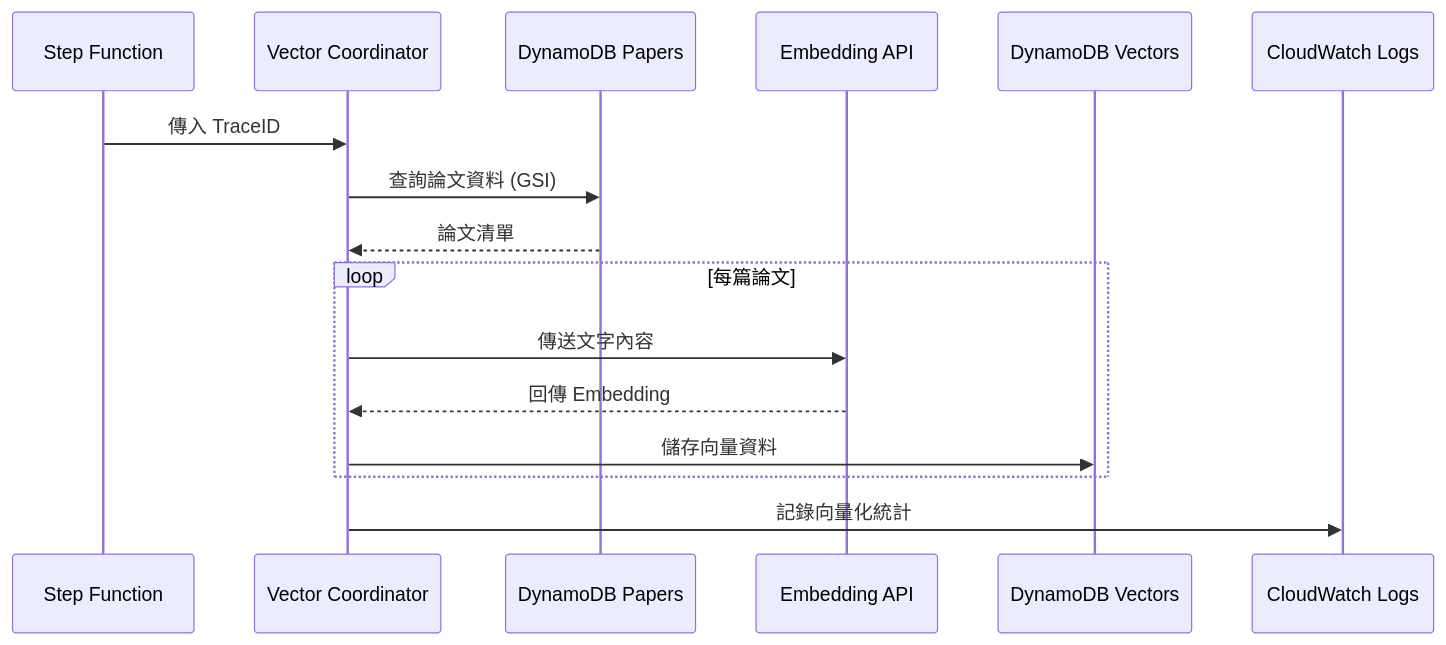
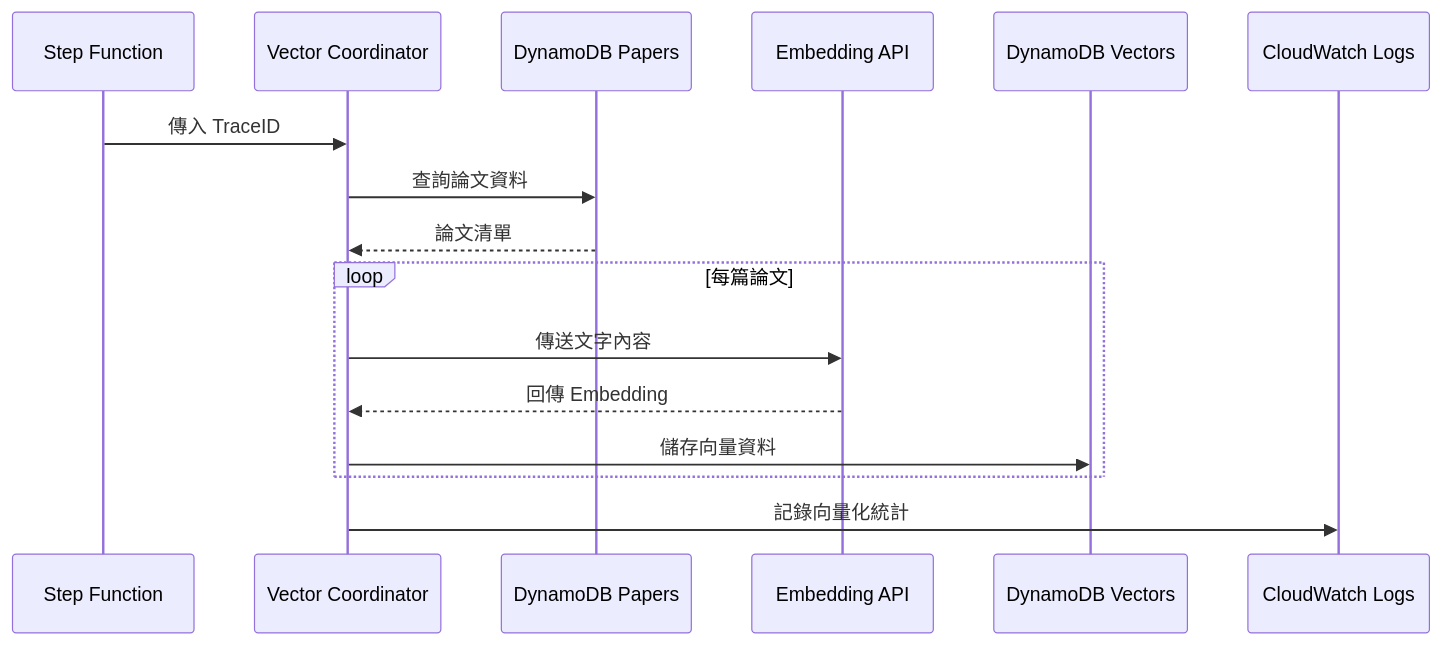
Before and after one commit to JayWithBackPain/Paper_Pipeline_project: the fourth of 4 diagrams in README.md, drawn with Mermaid. The commit also changed other lines of this file and 11 other files, not shown here.

````diff
--- a/README.md
+++ b/README.md
@@ -97,19 +92,19 @@
 ```mermaid
 sequenceDiagram
     participant SF as Step Function
     participant VC as Vector Coordinator
     participant DDB as DynamoDB Papers
     participant API as Embedding API
     participant VDB as DynamoDB Vectors
     participant CWL as CloudWatch Logs
 
     SF->>VC: 傳入 TraceID
-    VC->>DDB: 查詢論文資料 (GSI)
+    VC->>DDB: 查詢論文資料
     DDB-->>VC: 論文清單
     loop 每篇論文
         VC->>API: 傳送文字內容
         API-->>VC: 回傳 Embedding
         VC->>VDB: 儲存向量資料
     end
     VC->>CWL: 記錄向量化統計
 ```
````
